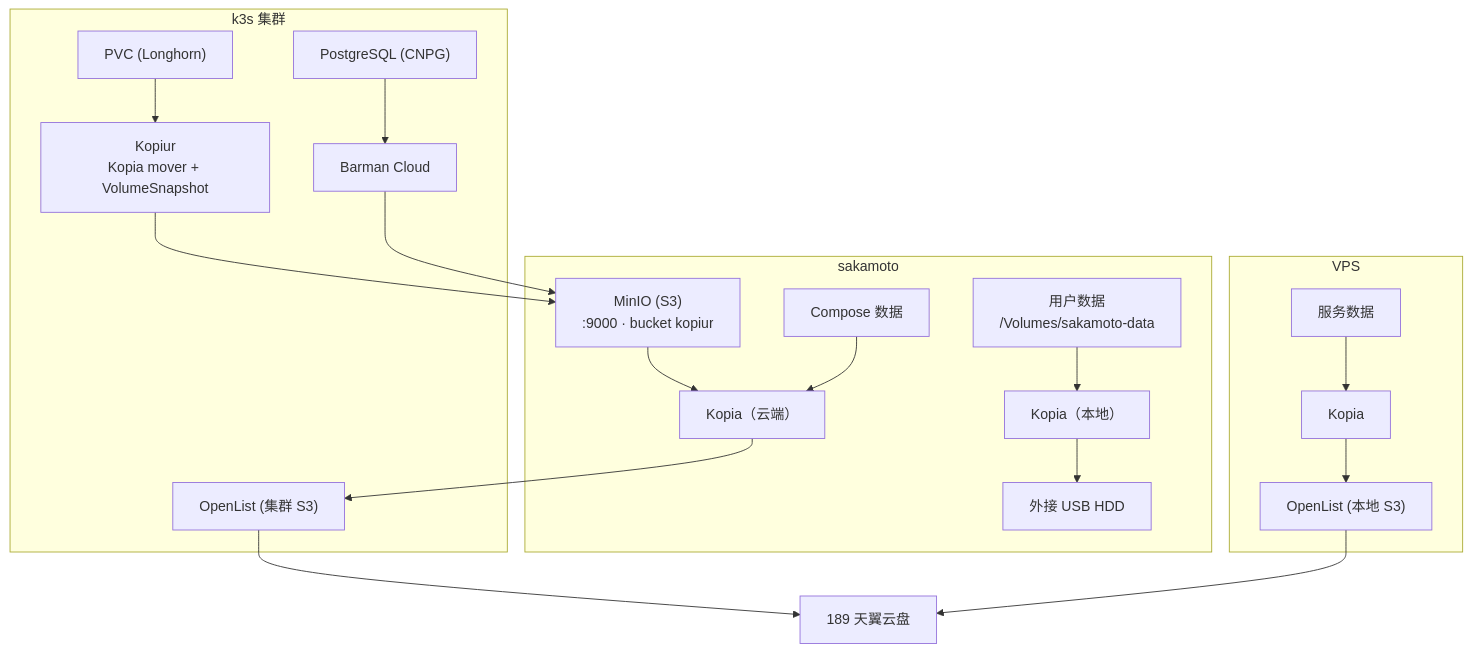
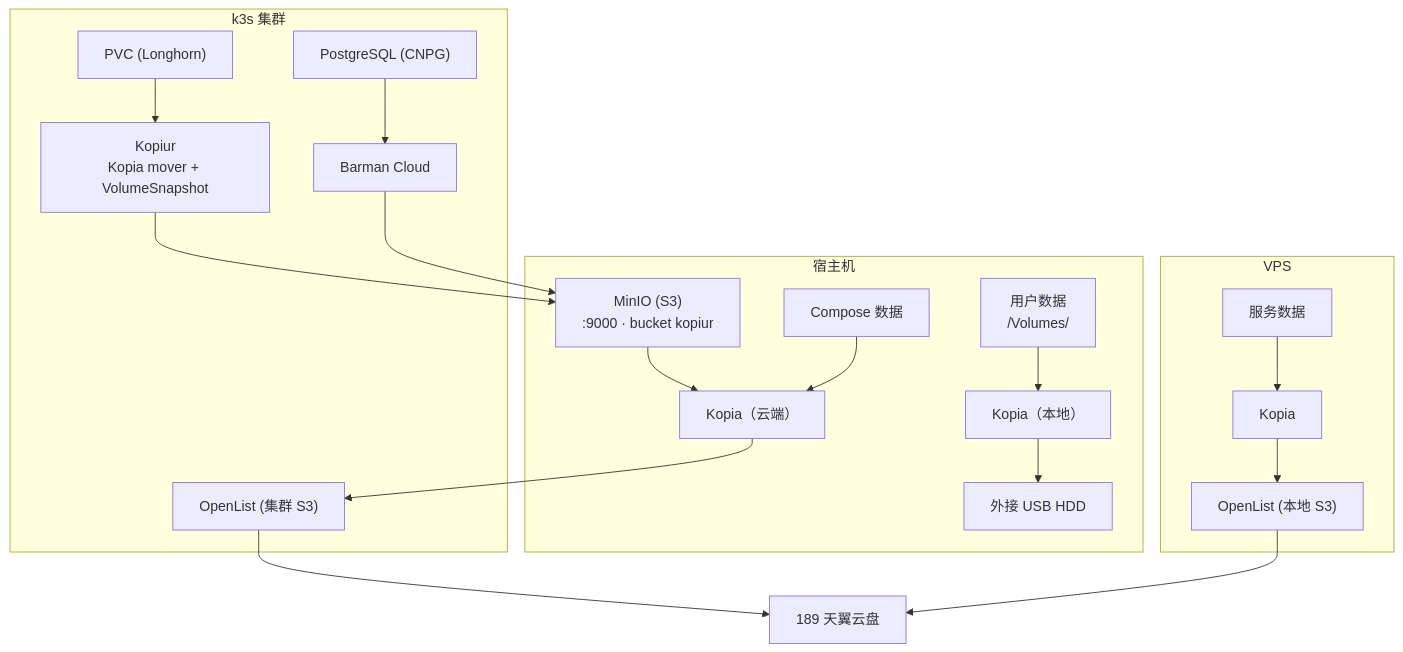
One commit to shelken/home-ops changed the eighth of 9 diagrams in docs/ARCHITECTURE.md. Above: the diagram before and after it, drawn with Mermaid. The commit also changed other lines of this file and 1 other file, not shown here.

First line of the commit message:
docs(architecture): 统一集群全景架构动态图与文档并完成脱敏

````diff
--- a/docs/ARCHITECTURE.md
+++ b/docs/ARCHITECTURE.md
@@ -396,44 +396,44 @@
 ```mermaid
 graph TB
     subgraph K8S["k3s 集群"]
         PVC["PVC (Longhorn)"]
         PG["PostgreSQL (CNPG)"]
         Kopiur["Kopiur<br/>Kopia mover + VolumeSnapshot"]
         Barman["Barman Cloud"]
         Cluster_OpenList["OpenList (集群 S3)"]
     end
 
-    subgraph SAKA_BACKUP["sakamoto"]
+    subgraph SAKA_BACKUP["宿主机"]
         MinIO["MinIO (S3)<br/>:9000 · bucket kopiur"]
         COMPOSE_Data["Compose 数据"]
-        USER_Data["用户数据<br/>/Volumes/sakamoto-data"]
+        USER_Data["用户数据<br/>/Volumes/<USER_DATA>"]
         SAKA_Kopia["Kopia（云端）"]
         SAKA_Kopia_Local["Kopia（本地）"]
         USB_HDD["外接 USB HDD"]
     end
 
     subgraph VPS_BACKUP["VPS"]
         VPS_Data["服务数据"]
         VPS_Kopia["Kopia"]
         VPS_OpenList["OpenList (本地 S3)"]
     end
 
     Cloud["189 天翼云盘"]
 
     PVC --> Kopiur
     PG --> Barman
     Kopiur --> MinIO
     Barman --> MinIO
 
     MinIO --> SAKA_Kopia
     COMPOSE_Data --> SAKA_Kopia
     SAKA_Kopia --> Cluster_OpenList
     Cluster_OpenList --> Cloud
 
     USER_Data --> SAKA_Kopia_Local
     SAKA_Kopia_Local --> USB_HDD
 
     VPS_Data --> VPS_Kopia
     VPS_Kopia --> VPS_OpenList
     VPS_OpenList --> Cloud
 ```
````
